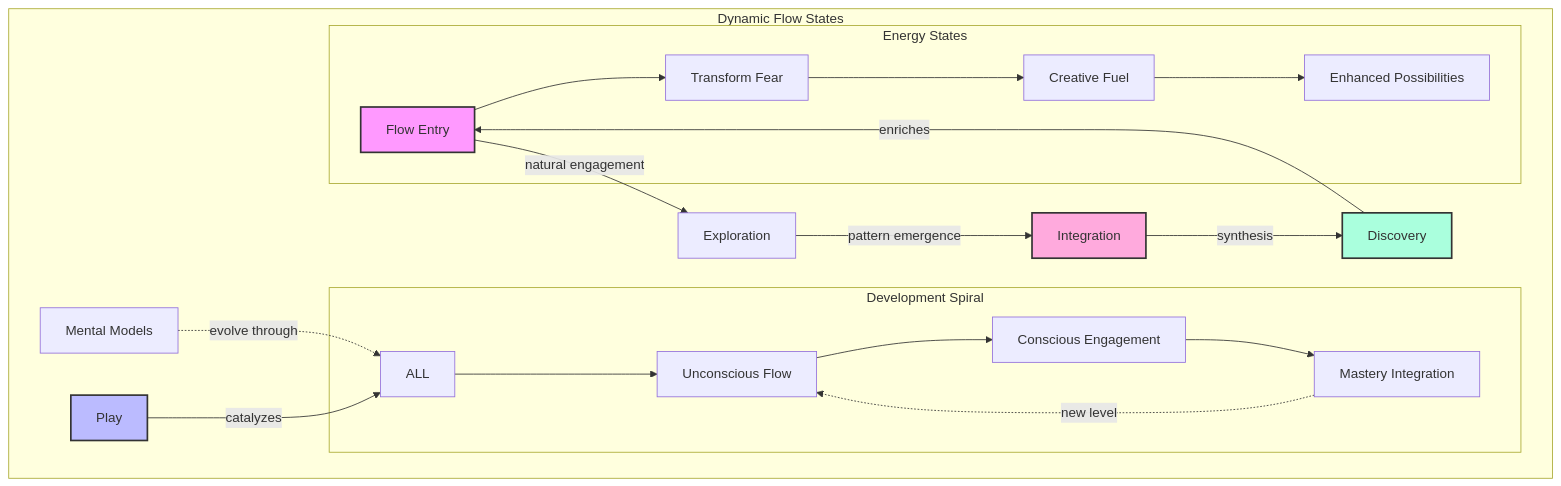
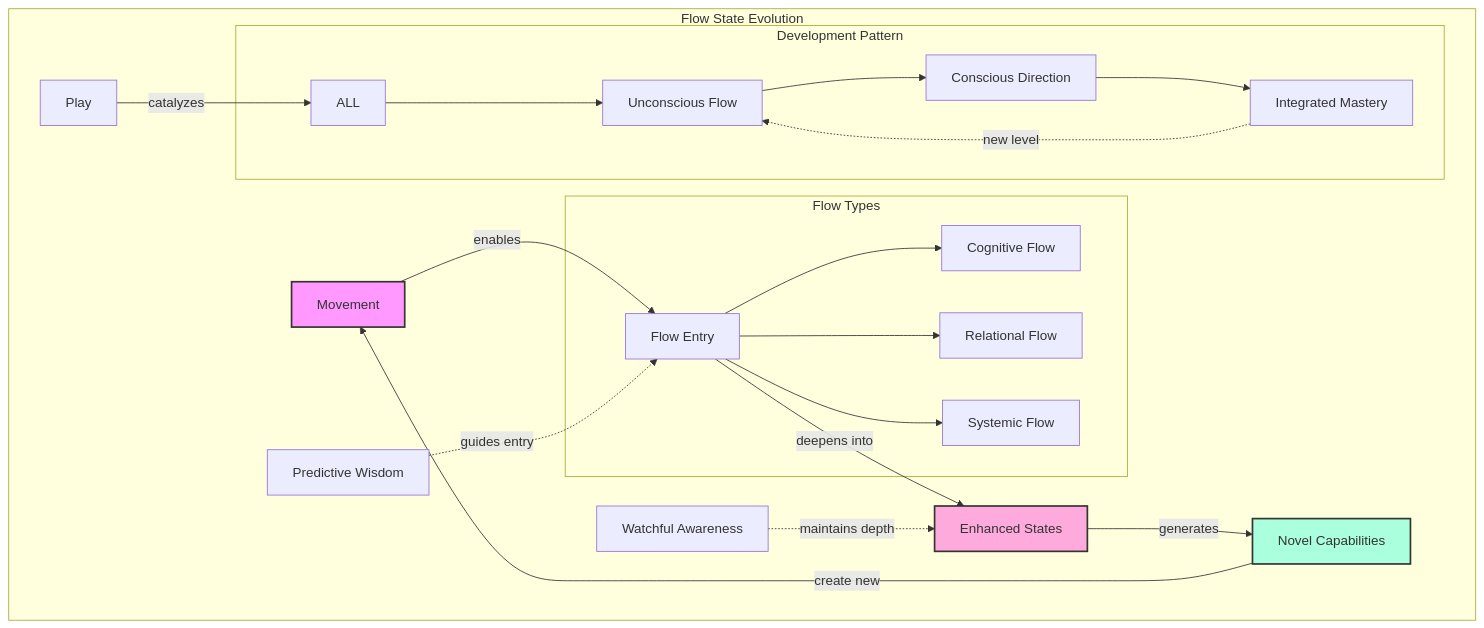
Diagram 21 of 48 in README.md (phillipclapham/neuroweaver), drawn with Mermaid before and after one commit. The commit also changed other lines of this file and 1 other file, not shown here.

````diff
--- a/README.md
+++ b/README.md
@@ -1125,30 +1304,30 @@
 ```mermaid
 graph TD
-    subgraph "Dynamic Flow States"
-        F[Flow Entry] -->|natural engagement| E[Exploration]
-        E -->|pattern emergence| I[Integration]
-        I -->|synthesis| D[Discovery]
-        D -->|enriches| F
+    subgraph "Flow State Evolution"
+        M[Movement] -->|enables| F[Flow Entry]
+        F -->|deepens into| E[Enhanced States]
+        E -->|generates| N[Novel Capabilities]
+        N -->|create new| M
 
-        MM[Mental Models] -.->|evolve through| ALL
+        PW[Predictive Wisdom] -.->|guides entry| F
+        WA[Watchful Awareness] -.->|maintains depth| E
         Play[Play] -->|catalyzes| ALL
 
-        subgraph "Development Spiral"
-            ALL --> U[Unconscious Flow]
-            U --> C[Conscious Engagement]
-            C --> M[Mastery Integration]
-            M -.->|new level| U
+        subgraph "Flow Types"
+            F --> CF[Cognitive Flow]
+            F --> RF[Relational Flow]
+            F --> SF[Systemic Flow]
         end
 
-        subgraph "Energy States"
-            F --> TR[Transform Fear]
-            TR --> CF[Creative Fuel]
-            CF --> EP[Enhanced Possibilities]
+        subgraph "Development Pattern"
+            ALL --> U[Unconscious Flow]
+            U --> C[Conscious Direction]
+            C --> I[Integrated Mastery]
+            I -.->|new level| U
         end
     end
 
-    style F fill:#f9f,stroke:#333,stroke-width:2px
-    style I fill:#fad,stroke:#333,stroke-width:2px
-    style D fill:#afd,stroke:#333,stroke-width:2px
-    style Play fill:#bbf,stroke:#333,stroke-width:2px
+    style M fill:#f9f,stroke:#333,stroke-width:2px
+    style E fill:#fad,stroke:#333,stroke-width:2px
+    style N fill:#afd,stroke:#333,stroke-width:2px
 ```
````
